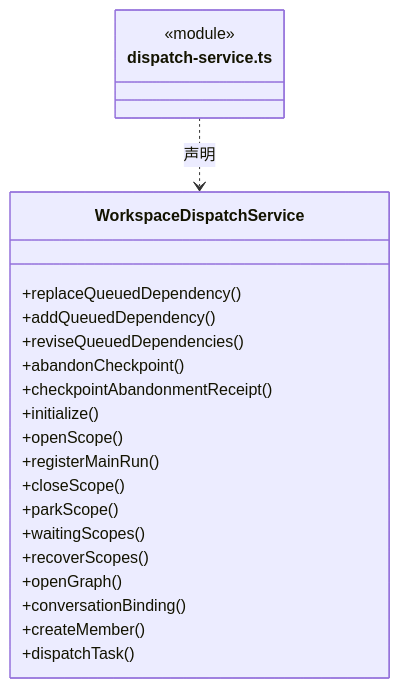
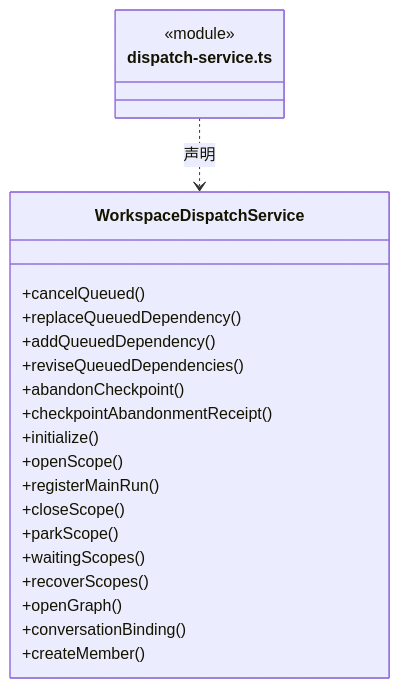
The seventh of 15 diagrams in src/logic/dispatch/runtime/ARCHITECTURE.md (nan023062/cbim), drawn with Mermaid before and after one commit. The commit also changed other lines of this file and 50 other files, not shown here.

````diff
--- a/src/logic/dispatch/runtime/ARCHITECTURE.md
+++ b/src/logic/dispatch/runtime/ARCHITECTURE.md
@@ -232,25 +234,25 @@
 ```mermaid
 classDiagram
 class N_src_logic_dispatch_runtime_dispatch_service_ts["dispatch-service.ts"] {
   <<module>>
 }
 class N_src_logic_dispatch_runtime_dispatch_service_ts_WorkspaceDispatchService["WorkspaceDispatchService"] {
+  +cancelQueued()
   +replaceQueuedDependency()
   +addQueuedDependency()
   +reviseQueuedDependencies()
   +abandonCheckpoint()
   +checkpointAbandonmentReceipt()
   +initialize()
   +openScope()
   +registerMainRun()
   +closeScope()
   +parkScope()
   +waitingScopes()
   +recoverScopes()
   +openGraph()
   +conversationBinding()
   +createMember()
-  +dispatchTask()
 }
 N_src_logic_dispatch_runtime_dispatch_service_ts ..> N_src_logic_dispatch_runtime_dispatch_service_ts_WorkspaceDispatchService : 声明
 ```
````
